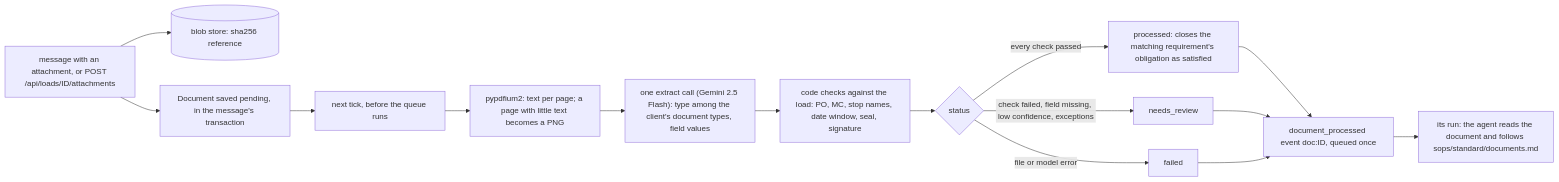
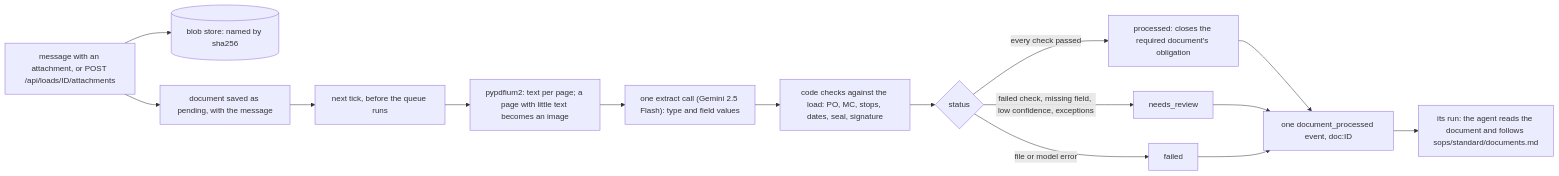
The eighth of 11 diagrams in docs/architecture.md (pedrocwb/freight-hero-assessment), drawn with Mermaid before and after one commit. The commit also changed other lines of this file and 1 other file, not shown here.

First line of the commit message:
Rewrite the answers and the architecture in plain language

````diff
--- a/docs/architecture.md
+++ b/docs/architecture.md
@@ -309,17 +324,17 @@
 ```mermaid
 flowchart LR
-  upload["message with an attachment, or POST /api/loads/ID/attachments"] --> blob[("blob store: sha256 reference")]
-  upload --> pending["Document saved pending, in the message's transaction"]
+  upload["message with an attachment, or POST /api/loads/ID/attachments"] --> blob[("blob store: named by sha256")]
+  upload --> pending["document saved as pending, with the message"]
   pending --> tick["next tick, before the queue runs"]
-  tick --> pages["pypdfium2: text per page; a page with little text becomes a PNG"]
-  pages --> extract["one extract call (Gemini 2.5 Flash): type among the client's document types, field values"]
-  extract --> checks["code checks against the load: PO, MC, stop names, date window, seal, signature"]
+  tick --> pages["pypdfium2: text per page; a page with little text becomes an image"]
+  pages --> extract["one extract call (Gemini 2.5 Flash): type and field values"]
+  extract --> checks["code checks against the load: PO, MC, stops, dates, seal, signature"]
   checks --> status{"status"}
-  status -- "every check passed" --> processed["processed: closes the matching requirement's obligation as satisfied"]
-  status -- "check failed, field missing, low confidence, exceptions" --> review["needs_review"]
+  status -- "every check passed" --> processed["processed: closes the required document's obligation"]
+  status -- "failed check, missing field, low confidence, exceptions" --> review["needs_review"]
   status -- "file or model error" --> failed["failed"]
-  processed --> event["document_processed event doc:ID, queued once"]
+  processed --> event["one document_processed event, doc:ID"]
   review --> event
   failed --> event
   event --> run["its run: the agent reads the document and follows sops/standard/documents.md"]
 ```
````
